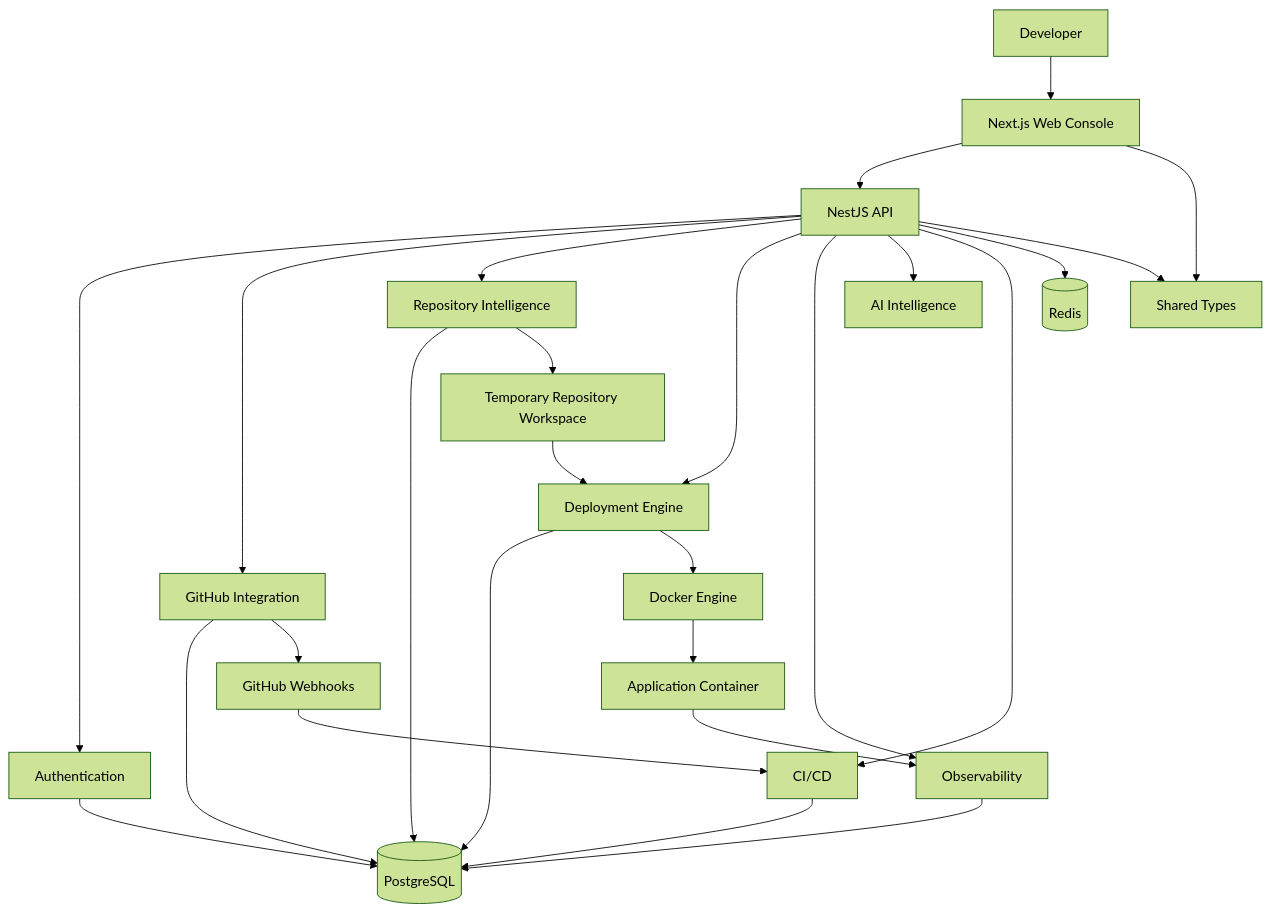
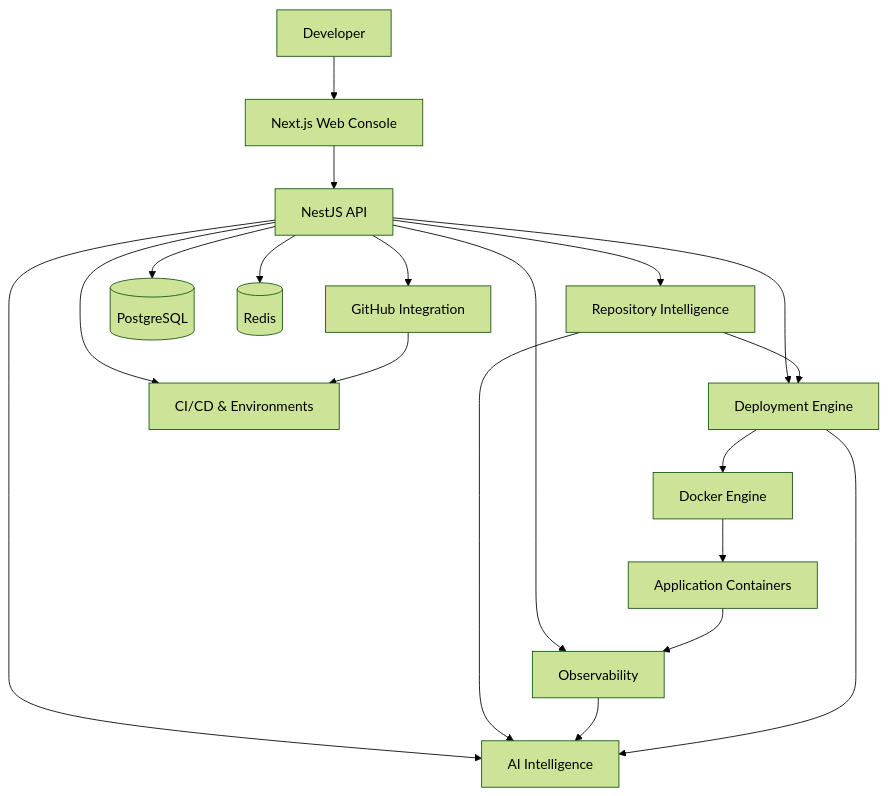
Before and after one commit to L-Praveen36/CloudPilot: the diagram in README.md, drawn with Mermaid (forest theme). The commit also changed other lines of this file, not shown here.

````diff
--- a/README.md
+++ b/README.md
@@ -136,36 +59,39 @@
 ```mermaid
 flowchart TB
-    U[Developer] --> W[Next.js Web Console]
-    W --> A[NestJS API]
+    U[Developer]
+    W[Next.js Web Console]
+    A[NestJS API]
+    G[GitHub Integration]
+    R[Repository Intelligence]
+    D[Deployment Engine]
+    O[Observability]
+    AI[AI Intelligence]
+    C[CI/CD & Environments]
+    P[(PostgreSQL)]
+    X[(Redis)]
+    DK[Docker Engine]
+    APP[Application Containers]
 
-    A --> AUTH[Authentication]
-    A --> GH[GitHub Integration]
-    A --> RI[Repository Intelligence]
-    A --> DEP[Deployment Engine]
-    A --> OBS[Observability]
-    A --> AI[AI Intelligence]
-    A --> CICD[CI/CD]
+    U --> W
+    W --> A
 
-    AUTH --> PG[(PostgreSQL)]
-    GH --> PG
-    RI --> PG
-    DEP --> PG
-    OBS --> PG
-    CICD --> PG
+    A --> G
+    A --> R
+    A --> D
+    A --> O
+    A --> AI
+    A --> C
 
-    A --> REDIS[(Redis)]
+    A --> P
+    A --> X
 
-    RI --> WS[Temporary Repository Workspace]
-    WS --> DEP
+    R --> D
+    D --> DK
+    DK --> APP
+    APP --> O
 
-    DEP --> DOCKER[Docker Engine]
-    DOCKER --> APP[Application Container]
-
-    APP --> OBS
-
-    GH --> WH[GitHub Webhooks]
-    WH --> CICD
-
-    W --> SHARED[Shared Types]
-    A --> SHARED
+    G --> C
+    R --> AI
+    O --> AI
+    D --> AI
 ```
````
